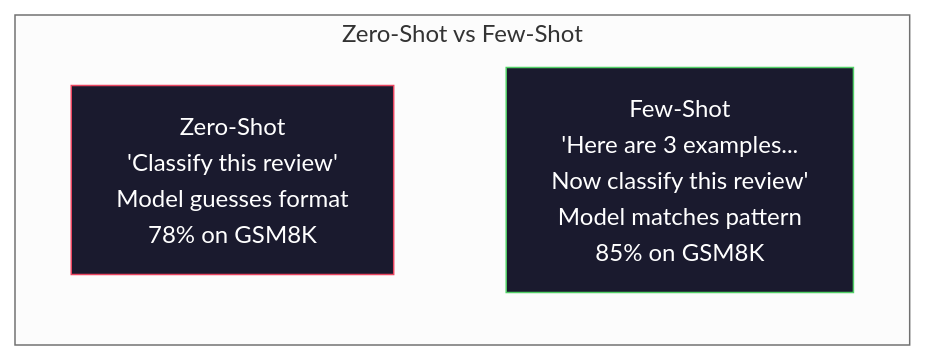
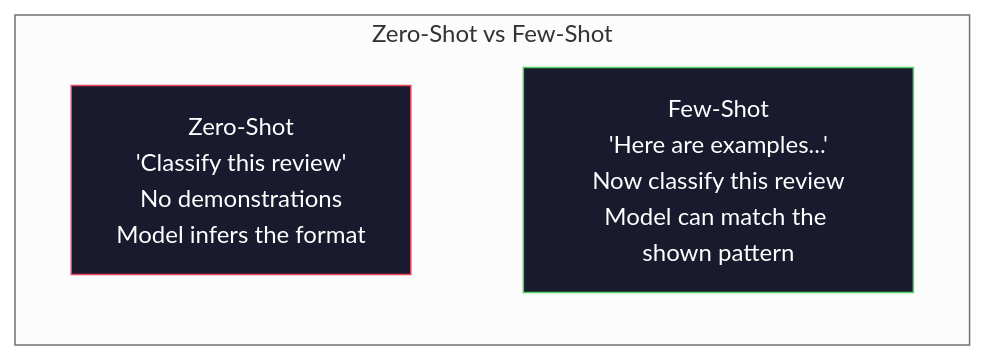
The first of 6 diagrams in i18n/zh/phases/11-llm-engineering/02-few-shot-cot/docs/zh.md (ShaofeiZi/ai-engineering-from-scratch), drawn with Mermaid (neutral theme) before and after one commit. The commit also changed other lines of this file and 1 other file, not shown here.

````diff
--- a/i18n/zh/phases/11-llm-engineering/02-few-shot-cot/docs/zh.md
+++ b/i18n/zh/phases/11-llm-engineering/02-few-shot-cot/docs/zh.md
@@ -37,13 +37,13 @@
 ```mermaid
 graph TD
     subgraph Comparison["Zero-Shot vs Few-Shot"]
         direction LR
-        Z["Zero-Shot\n'Classify this review'\nModel guesses format\n78% on GSM8K"]
-        F["Few-Shot\n'Here are 3 examples...\nNow classify this review'\nModel matches pattern\n85% on GSM8K"]
+        Z["Zero-Shot\n'Classify this review'\nNo demonstrations\nModel infers the format"]
+        F["Few-Shot\n'Here are examples...'\nNow classify this review\nModel can match the shown pattern"]
     end
 
     Z ~~~ F
 
     style Z fill:#1a1a2e,stroke:#e94560,color:#fff
     style F fill:#1a1a2e,stroke:#51cf66,color:#fff
 ```
````
